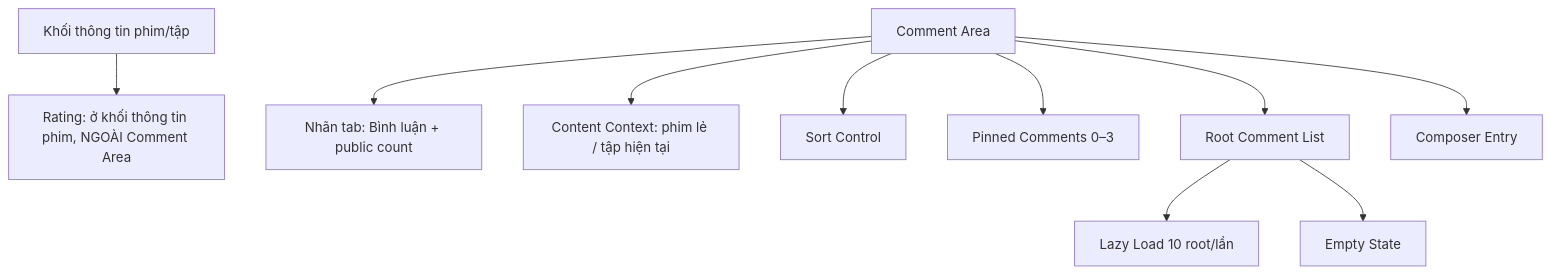
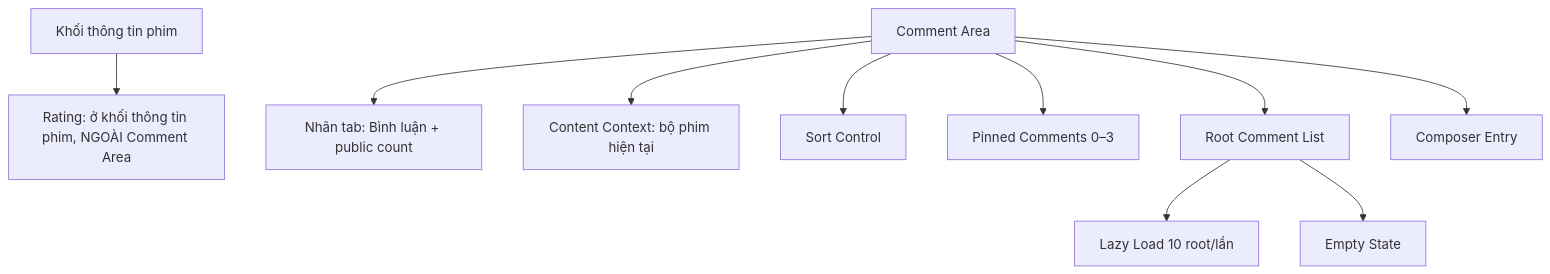
Before and after one commit to tannguyenho/MyTV-Comment: the second of 9 diagrams in UX_INFORMATION_ARCHITECTURE_SCREEN_MAP.md, drawn with Mermaid. The commit also changed other lines of this file and 114 other files, not shown here.

````diff
--- a/UX_INFORMATION_ARCHITECTURE_SCREEN_MAP.md
+++ b/UX_INFORMATION_ARCHITECTURE_SCREEN_MAP.md
@@ -191,23 +191,23 @@
 ```mermaid
 flowchart TD
     CA["Comment Area"]
     TAB["Nhãn tab: Bình luận + public count"]
-    CONTEXT["Content Context: phim lẻ / tập hiện tại"]
+    CONTEXT["Content Context: bộ phim hiện tại"]
     RATE["Rating: ở khối thông tin phim, NGOÀI Comment Area"]
     SORT["Sort Control"]
     PIN["Pinned Comments 0–3"]
     ROOTS["Root Comment List"]
     LOAD["Lazy Load 10 root/lần"]
     EMPTY["Empty State"]
     COMP["Composer Entry"]
 
     CA --> TAB
     CA --> CONTEXT
-    CONTENT_INFO["Khối thông tin phim/tập"] --> RATE
+    CONTENT_INFO["Khối thông tin phim"] --> RATE
     CA --> SORT
     CA --> PIN
     CA --> ROOTS
     CA --> COMP
     ROOTS --> LOAD
     ROOTS --> EMPTY
 ```
````
